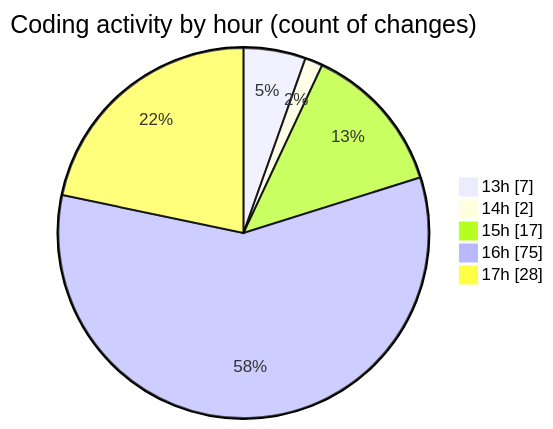
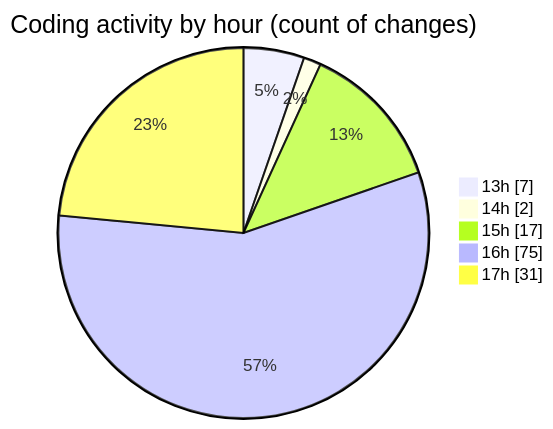
Before and after one commit to charlie-sans/code-tracking: the second of 2 diagrams in 2025-02-24/micros/README.md, drawn with Mermaid. The commit also changed other lines of this file and 1 other file, not shown here.

````diff
--- a/2025-02-24/micros/README.md
+++ b/2025-02-24/micros/README.md
@@ -47,9 +47,9 @@
 ```mermaid
 pie showData
 title Coding activity by hour (count of changes)
 "13h" : 7
 "14h" : 2
 "15h" : 17
 "16h" : 75
-"17h" : 28
+"17h" : 31
 ```
````
